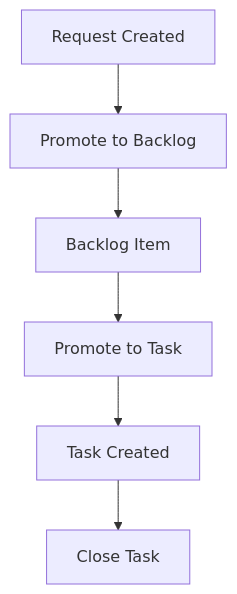
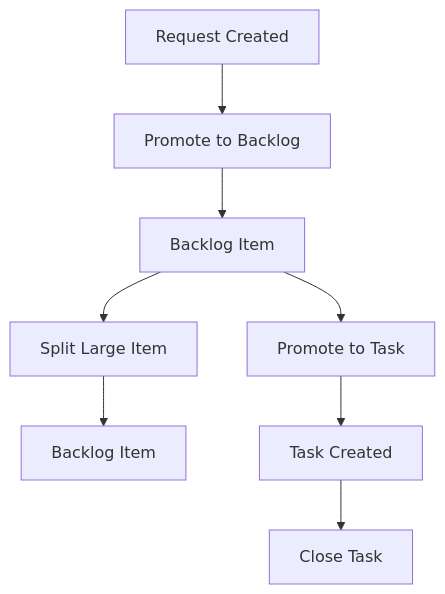
The diagram in logics/request/req_025_harden_logics_kit_workflow_generation_and_governance_from_real_usage.md (AlexAgo83/logics-manager), drawn with Mermaid before and after one commit. The commit also changed 50 other files, not shown here.

````diff
--- a/logics/request/req_025_harden_logics_kit_workflow_generation_and_governance_from_real_usage.md
+++ b/logics/request/req_025_harden_logics_kit_workflow_generation_and_governance_from_real_usage.md
@@ -55,10 +55,12 @@
 ```mermaid
 %% logics-kind: request
 %% logics-signature: request|harden-logics-kit-workflow-generation-an|improve-the-logics-kit-so-real|ac1-promotion-from-request-backlog
 flowchart TD
     Request[Request Created] --> Promote1[Promote to Backlog]
     Promote1 --> Backlog[Backlog Item]
+    Backlog --> Split[Split Large Item]
+    Split --> Backlog2[Backlog Item]
     Backlog --> Promote2[Promote to Task]
     Promote2 --> Task[Task Created]
     Task --> Close[Close Task]
 ```
````
